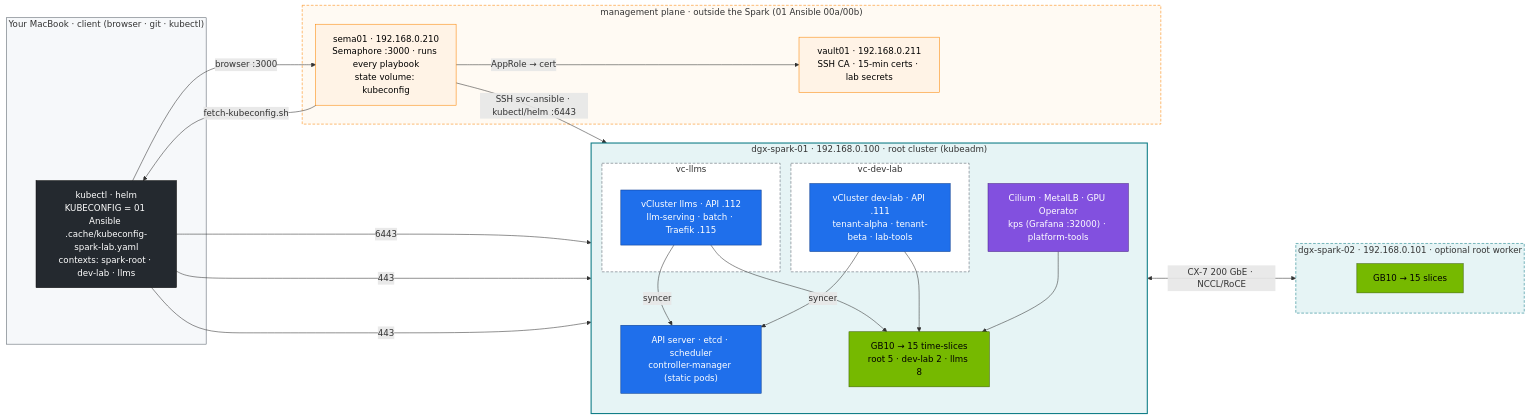
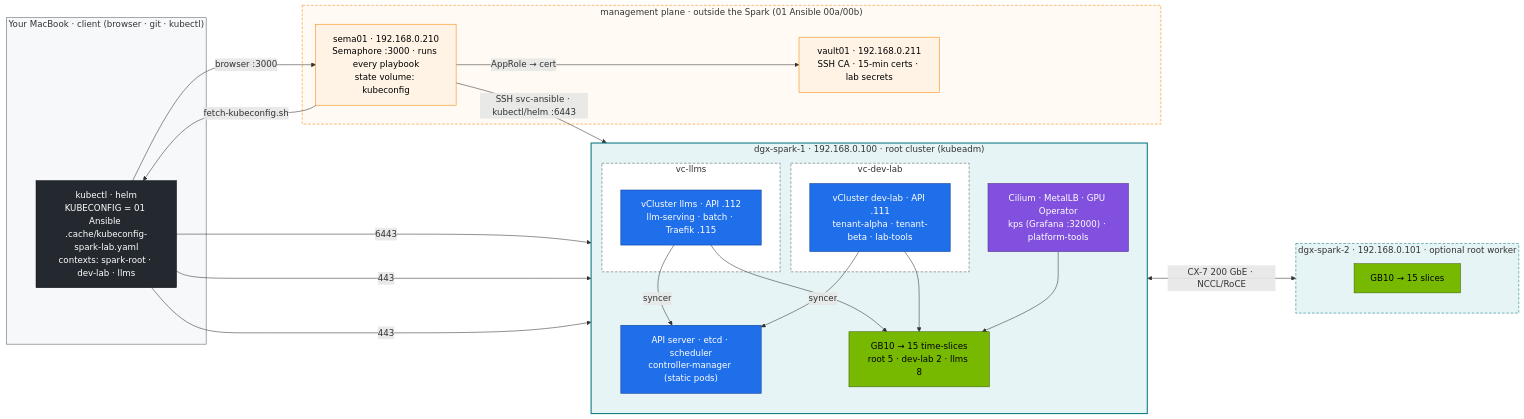
One commit to cloudone365/technical-depth changed the diagram in 02 Kubernetes/lab/README.md. Above: the diagram before and after it, drawn with Mermaid. The commit also changed other lines of this file and 91 other files, not shown here.

First line of the commit message:
Rename the Spark hosts to dgx-spark-1 / dgx-spark-2

````diff
--- a/02 Kubernetes/lab/README.md
+++ b/02 Kubernetes/lab/README.md
@@ -65,53 +65,53 @@
 ```mermaid
 flowchart LR
   subgraph CTL["Your MacBook · client (browser · git · kubectl)"]
     K["kubectl · helm<br/>KUBECONFIG = 01 Ansible .cache/kubeconfig-spark-lab.yaml<br/>contexts: spark-root · dev-lab · llms"]
   end
   subgraph MGMT["management plane · outside the Spark (01 Ansible 00a/00b)"]
     SEMA["sema01 · 192.168.0.210<br/>Semaphore :3000 · runs every playbook<br/>state volume: kubeconfig"]
     VLT["vault01 · 192.168.0.211<br/>SSH CA · 15-min certs · lab secrets"]
   end
-  subgraph S1["dgx-spark-01 · 192.168.0.100 · root cluster (kubeadm)"]
+  subgraph S1["dgx-spark-1 · 192.168.0.100 · root cluster (kubeadm)"]
     direction TB
     CP["API server · etcd · scheduler<br/>controller-manager (static pods)"]
     PL["Cilium · MetalLB · GPU Operator<br/>kps (Grafana :32000) · platform-tools"]
     subgraph VD["vc-dev-lab"]
       DV["vCluster dev-lab · API .111<br/>tenant-alpha · tenant-beta · lab-tools"]
     end
     subgraph VL["vc-llms"]
       LV["vCluster llms · API .112<br/>llm-serving · batch · Traefik .115"]
     end
     GPU["GB10 → 15 time-slices<br/>root 5 · dev-lab 2 · llms 8"]
   end
-  subgraph S2["dgx-spark-02 · 192.168.0.101 · optional root worker"]
+  subgraph S2["dgx-spark-2 · 192.168.0.101 · optional root worker"]
     G2["GB10 → 15 slices"]
   end
   K -->|"browser :3000"| SEMA
   SEMA -->|"fetch-kubeconfig.sh"| K
   SEMA -->|"AppRole → cert"| VLT
   SEMA -->|"SSH svc-ansible · kubectl/helm :6443"| S1
   K -->|6443| CP
   K -->|443| DV
   K -->|443| LV
   DV & LV -->|syncer| CP
   PL --> GPU
   DV & LV --> GPU
   S1 <-->|"CX-7 200 GbE · NCCL/RoCE"| S2
   classDef ctrl fill:#1f6feb,stroke:#0b3d91,color:#fff
   classDef gpu fill:#76b900,stroke:#3d6000,color:#000
   classDef net fill:#8250df,stroke:#4c2889,color:#fff
   classDef tenant fill:#eaeef2,stroke:#57606a,color:#000
   classDef ext fill:#24292f,stroke:#000,color:#fff
   class CP,DV,LV ctrl
   class GPU,G2 gpu
   class PL net
   class K ext
   classDef mgmt fill:#fff3e6,stroke:#fb8500,color:#000
   class SEMA,VLT mgmt
   style S1 fill:#e6f4f5,stroke:#0e7c86,stroke-width:2px
   style S2 fill:#e6f4f5,stroke:#0e7c86,stroke-dasharray:5 3
   style CTL fill:#f6f8fa,stroke:#57606a
   style MGMT fill:#fffaf3,stroke:#fb8500,stroke-dasharray:5 3
   style VD fill:#ffffff,stroke:#57606a,stroke-dasharray:5 3
   style VL fill:#ffffff,stroke:#57606a,stroke-dasharray:5 3
 ```
````
